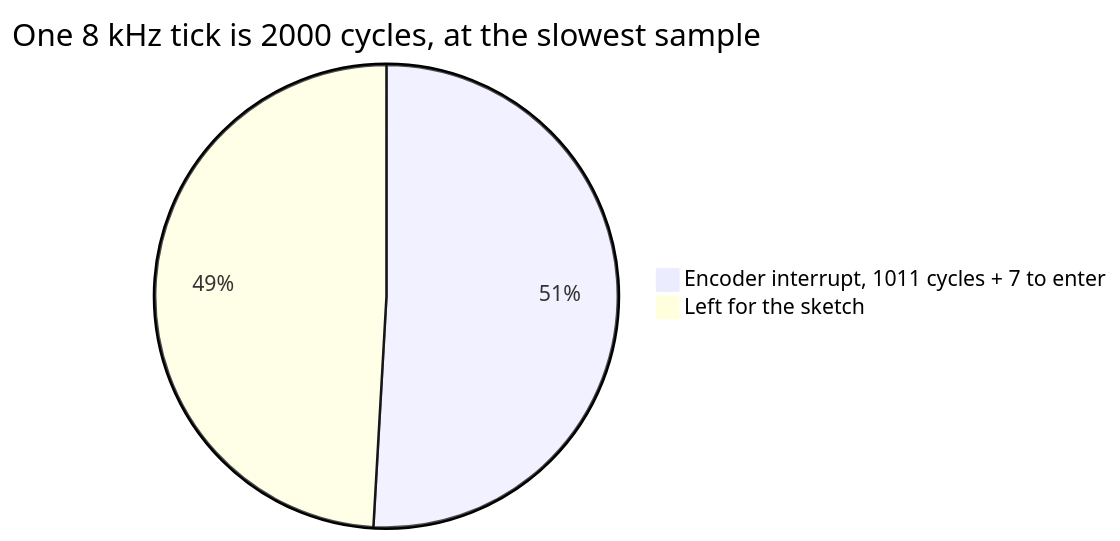
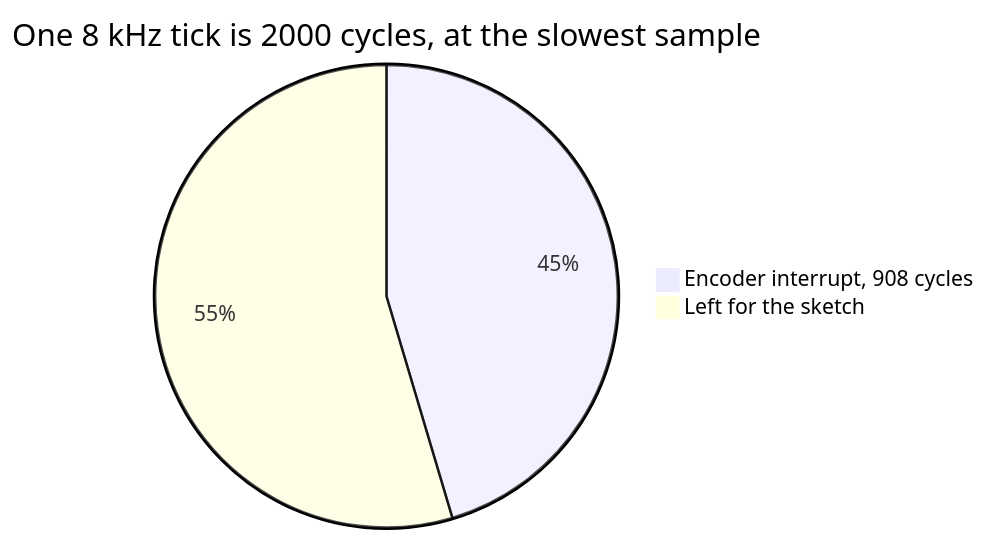
Before and after one commit to solariun/unlimited: the ninth of 10 diagrams in docs/testing.md, drawn with Mermaid. The commit also changed other lines of this file and 76 other files, not shown here.

````diff
--- a/docs/testing.md
+++ b/docs/testing.md
@@ -1280,5 +1083,5 @@
 ```mermaid
 pie title One 8 kHz tick is 2000 cycles, at the slowest sample
-    "Encoder interrupt, 1011 cycles + 7 to enter" : 1018
-    "Left for the sketch" : 982
+    "Encoder interrupt, 908 cycles" : 908
+    "Left for the sketch" : 1092
 ```
````
